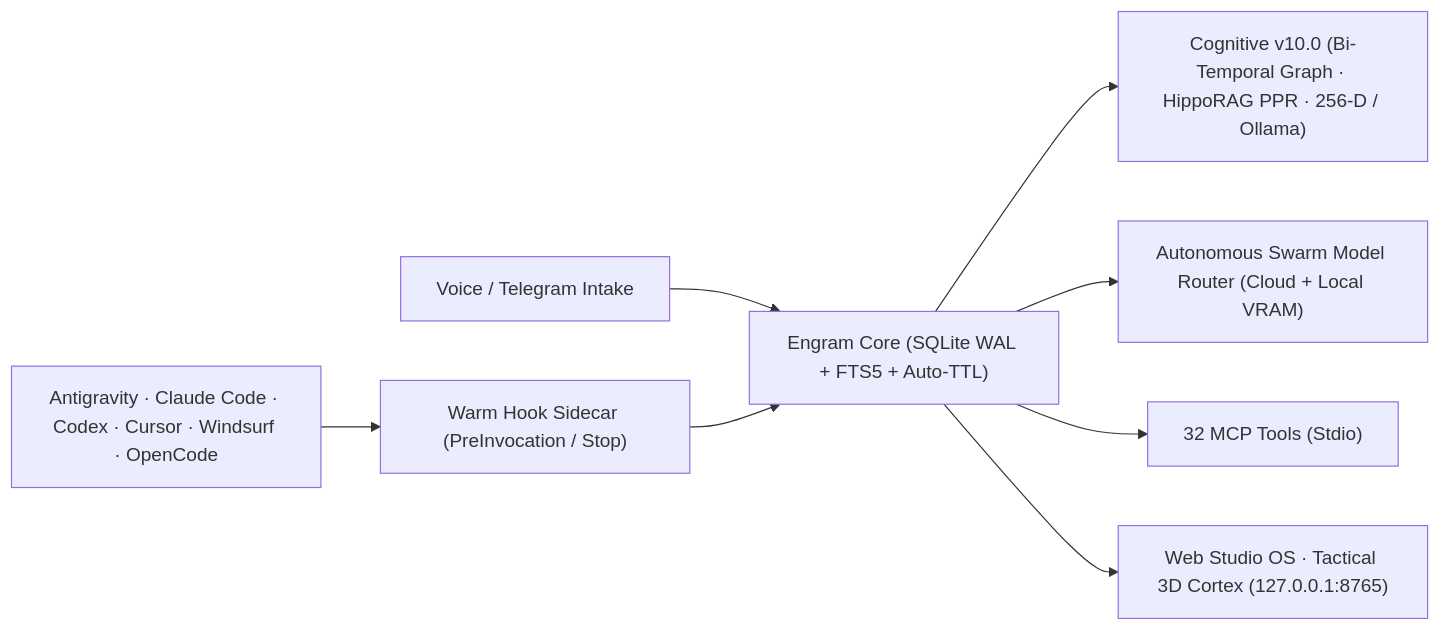
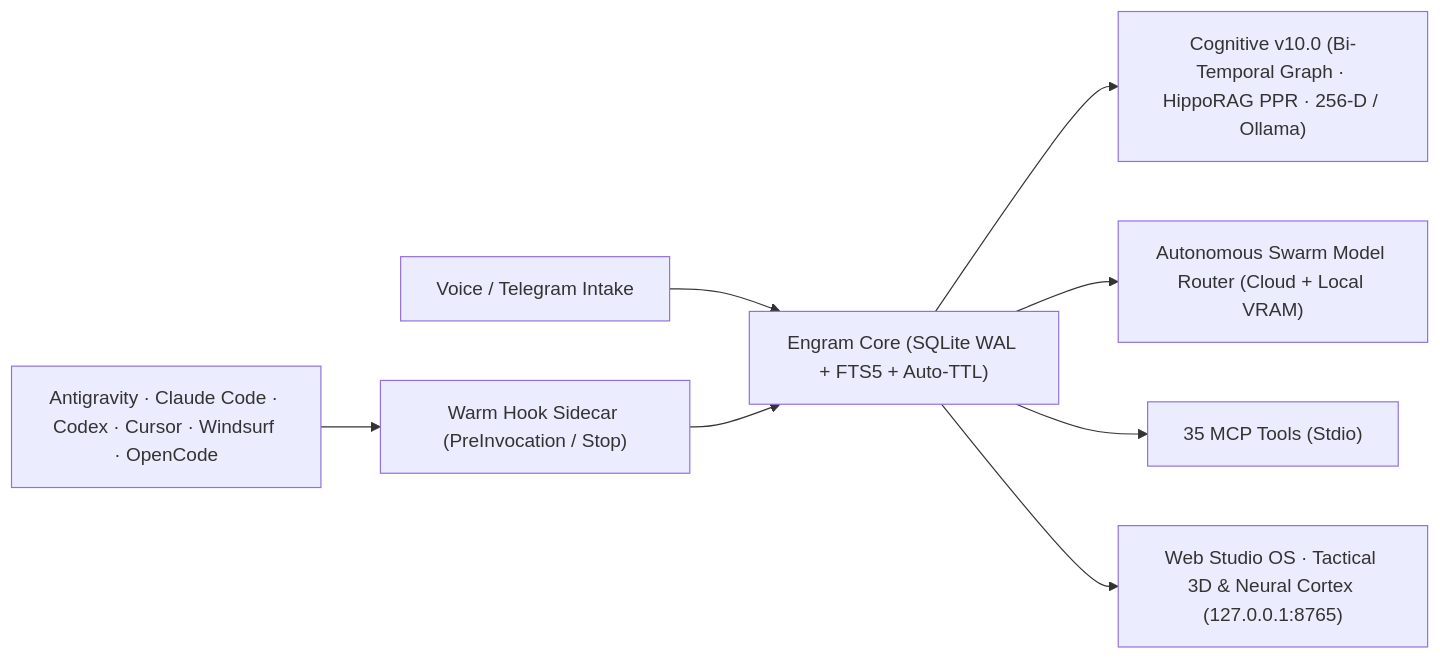
The diagram in README.md (Miguel-Reis/engram), drawn with Mermaid before and after one commit. The commit also changed other lines of this file and 4 other files, not shown here.

Commit message:
feat(ui): add dedicated 08 Neural Cortex studio page in sidebar

````diff
--- a/README.md
+++ b/README.md
@@ -26,10 +26,10 @@
 ```mermaid
 flowchart LR
     IDE["Antigravity · Claude Code · Codex · Cursor · Windsurf · OpenCode"] --> HOOK["Warm Hook Sidecar (PreInvocation / Stop)"]
     TG["Voice / Telegram Intake"] --> CORE
     HOOK --> CORE["Engram Core (SQLite WAL + FTS5 + Auto-TTL)"]
     CORE --> V10["Cognitive v10.0 (Bi-Temporal Graph · HippoRAG PPR · 256-D / Ollama)"]
     CORE --> ROUTER["Autonomous Swarm Model Router (Cloud + Local VRAM)"]
-    CORE --> MCP["32 MCP Tools (Stdio)"]
-    CORE --> UI["Web Studio OS · Tactical 3D Cortex (127.0.0.1:8765)"]
+    CORE --> MCP["35 MCP Tools (Stdio)"]
+    CORE --> UI["Web Studio OS · Tactical 3D & Neural Cortex (127.0.0.1:8765)"]
 ```
````
